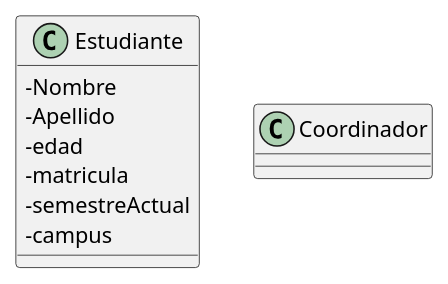
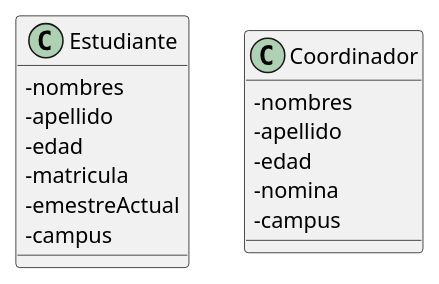
One commit to facund015/codeRelatedObsidianNotes changed the diagram in Reto/Base de datos.md. Above: the diagram before and after it, drawn with PlantUML.

Commit message:
vault backup: 2021-10-12 12:02:00

````diff
--- a/Reto/Base de datos.md
+++ b/Reto/Base de datos.md
@@ -2,18 +2,22 @@
 ```plantuml
 @startuml
 skinparam classAttributeIconSize 0
 class Estudiante {
-	-Nombre
-	-Apellido
+	-nombres
+	-apellido
 	-edad
 	-matricula
-	-semestreActual
+	-emestreActual
 	-campus
 }
 
 class Coordinador {
-	
+	-nombres
+	-apellido
+	-edad
+	-nomina
+	-campus
 }
 
 @enduml
 ```
````
